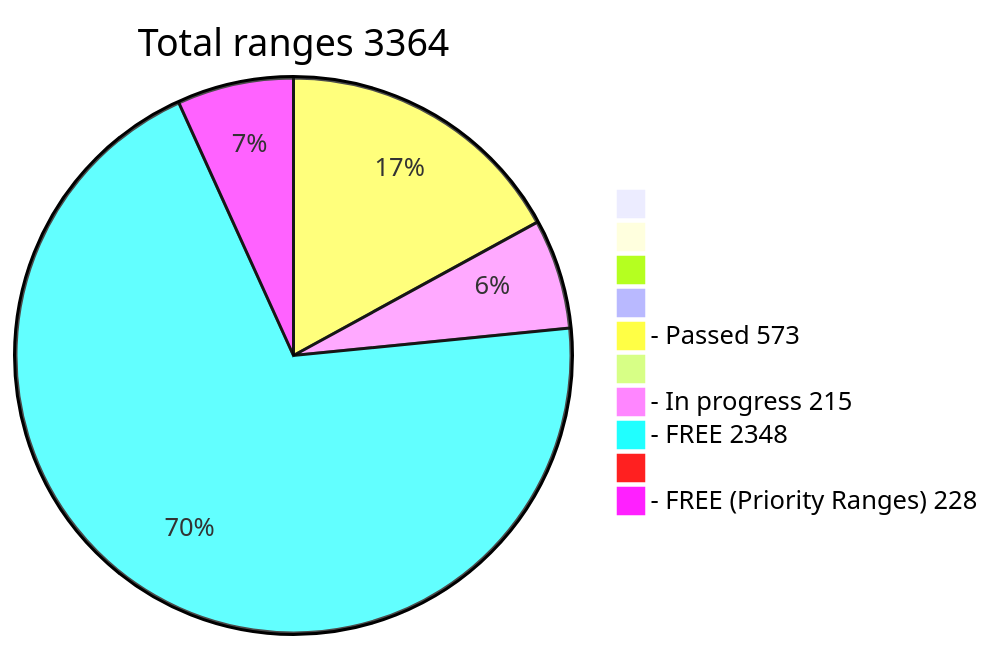
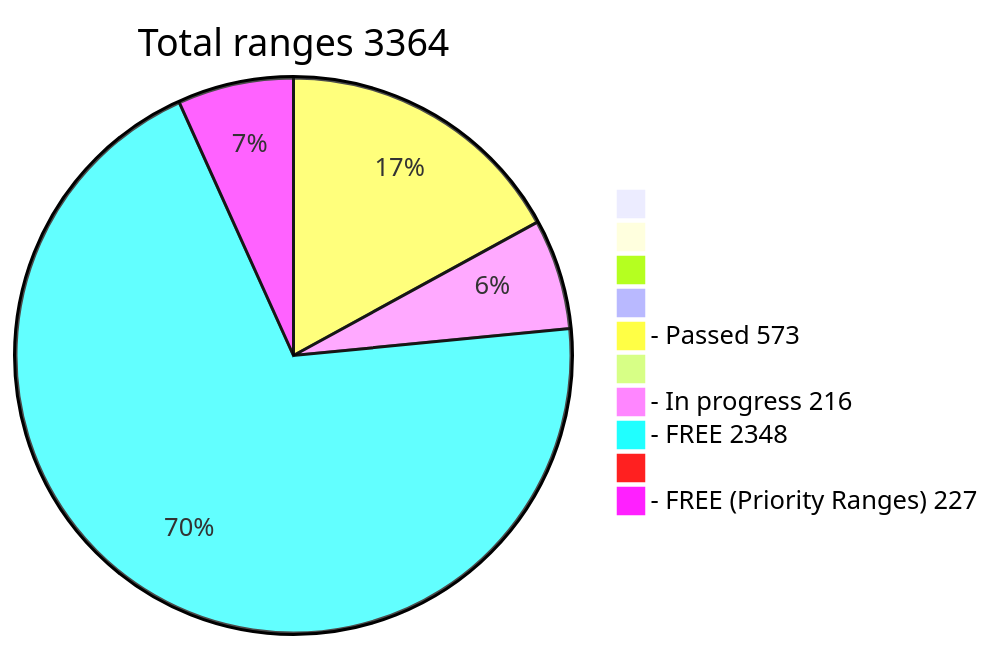
One commit to phrutis/wif500 changed the diagram in README.md. Above: the diagram before and after it, drawn with Mermaid.

````diff
--- a/README.md
+++ b/README.md
@@ -16,13 +16,13 @@
 ```mermaid
 pie title Total ranges 3364
              " " : 0
             "  " : 0
            "   " : 0
           "    " : 0
   "- Passed 573" : 573
          "     " : 0
-  "- In progress 215" : 215
+  "- In progress 216" : 216
    "- FREE 2348" : 2348
         "      " : 0
-  "- FREE (Priority Ranges) 228" : 228
+  "- FREE (Priority Ranges) 227" : 227
 ```
````
